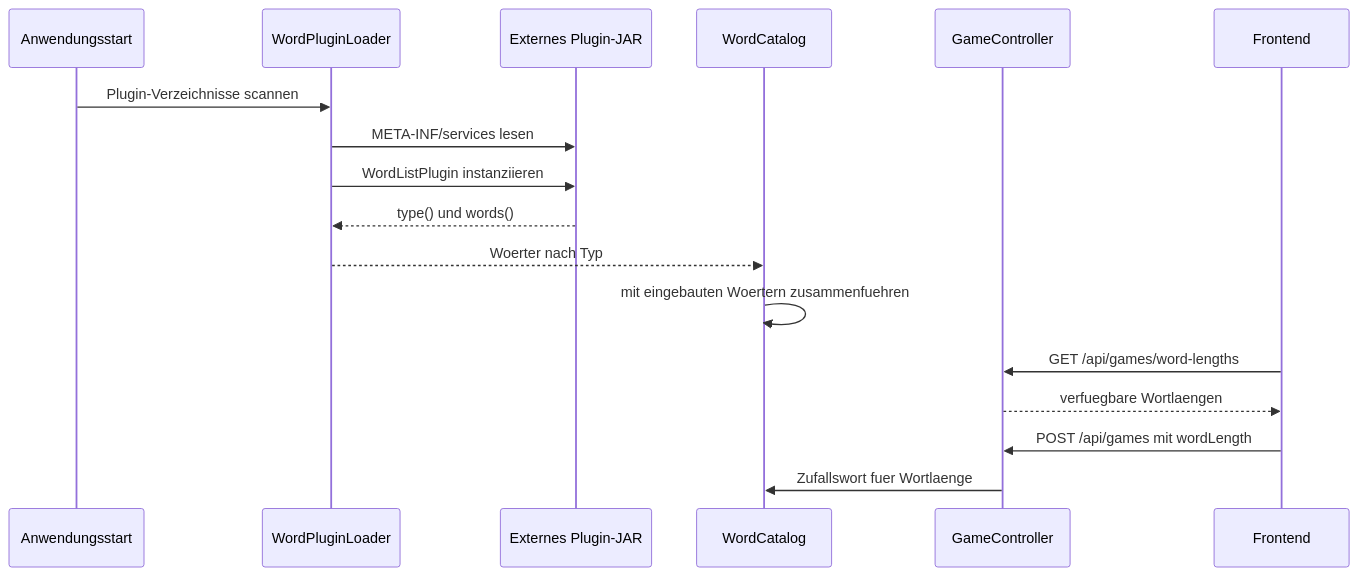
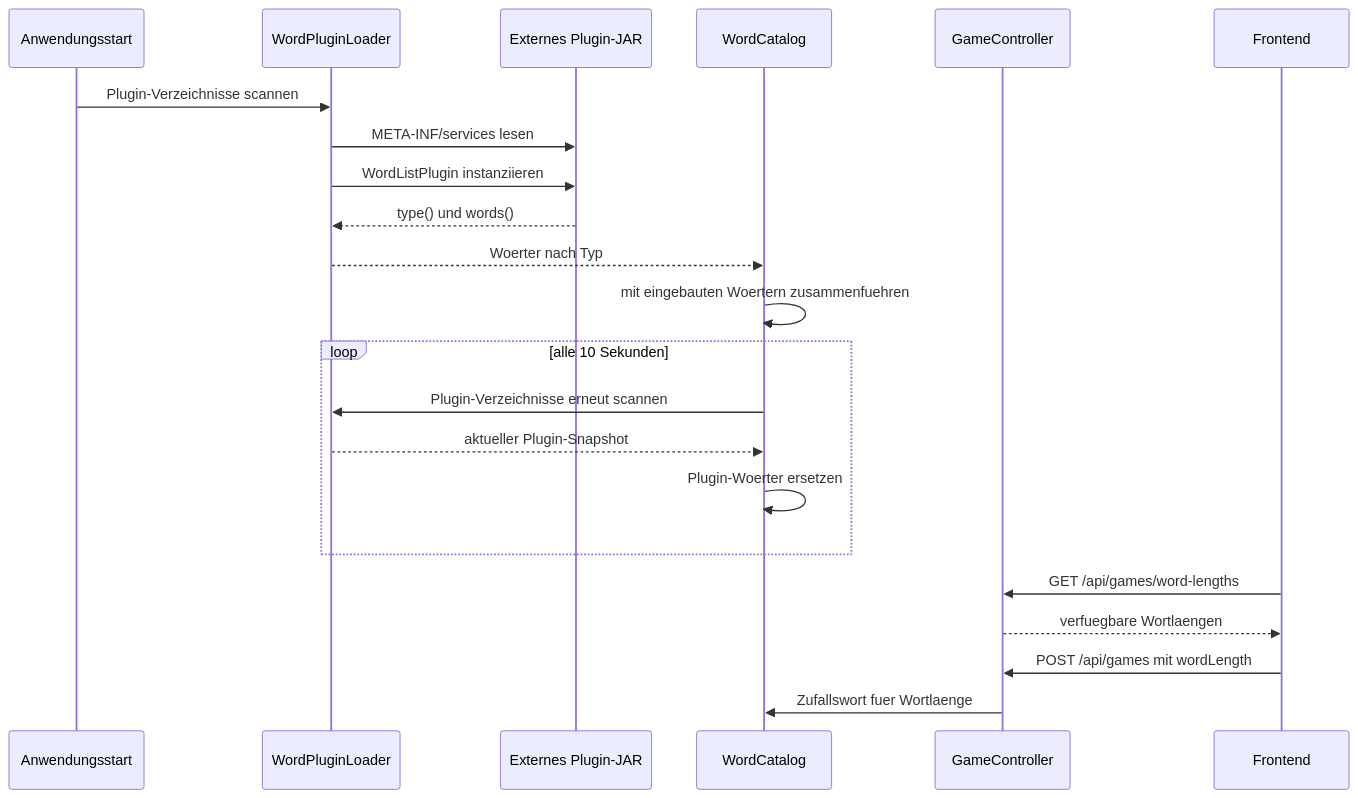
The second of 2 diagrams in wordl/docs/education/wordl-wort-plugin-mechanismus.md (thehahue/demoController), drawn with Mermaid before and after one commit. The commit also changed other lines of this file and 5 other files, not shown here.

````diff
--- a/wordl/docs/education/wordl-wort-plugin-mechanismus.md
+++ b/wordl/docs/education/wordl-wort-plugin-mechanismus.md
@@ -46,20 +46,25 @@
 ```mermaid
 sequenceDiagram
     participant Start as Anwendungsstart
     participant Loader as WordPluginLoader
     participant Jar as Externes Plugin-JAR
     participant Catalog as WordCatalog
     participant Api as GameController
     participant Ui as Frontend
 
     Start->>Loader: Plugin-Verzeichnisse scannen
     Loader->>Jar: META-INF/services lesen
     Loader->>Jar: WordListPlugin instanziieren
     Jar-->>Loader: type() und words()
     Loader-->>Catalog: Woerter nach Typ
     Catalog->>Catalog: mit eingebauten Woertern zusammenfuehren
+    loop alle 10 Sekunden
+        Catalog->>Loader: Plugin-Verzeichnisse erneut scannen
+        Loader-->>Catalog: aktueller Plugin-Snapshot
+        Catalog->>Catalog: Plugin-Woerter ersetzen
+    end
     Ui->>Api: GET /api/games/word-lengths
     Api-->>Ui: verfuegbare Wortlaengen
     Ui->>Api: POST /api/games mit wordLength
     Api->>Catalog: Zufallswort fuer Wortlaenge
 ```
````
